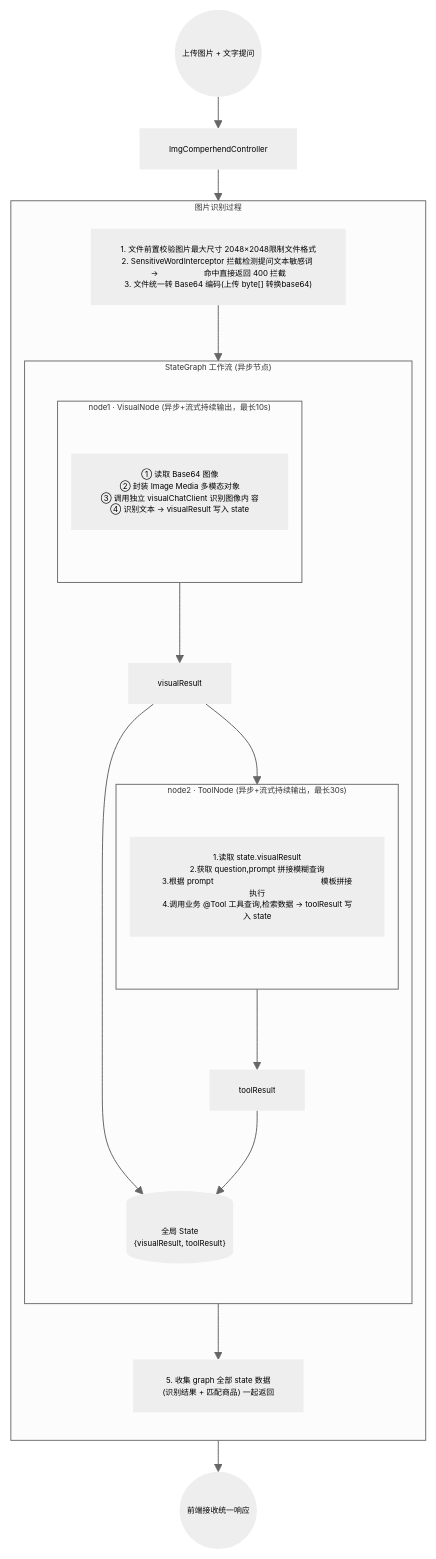
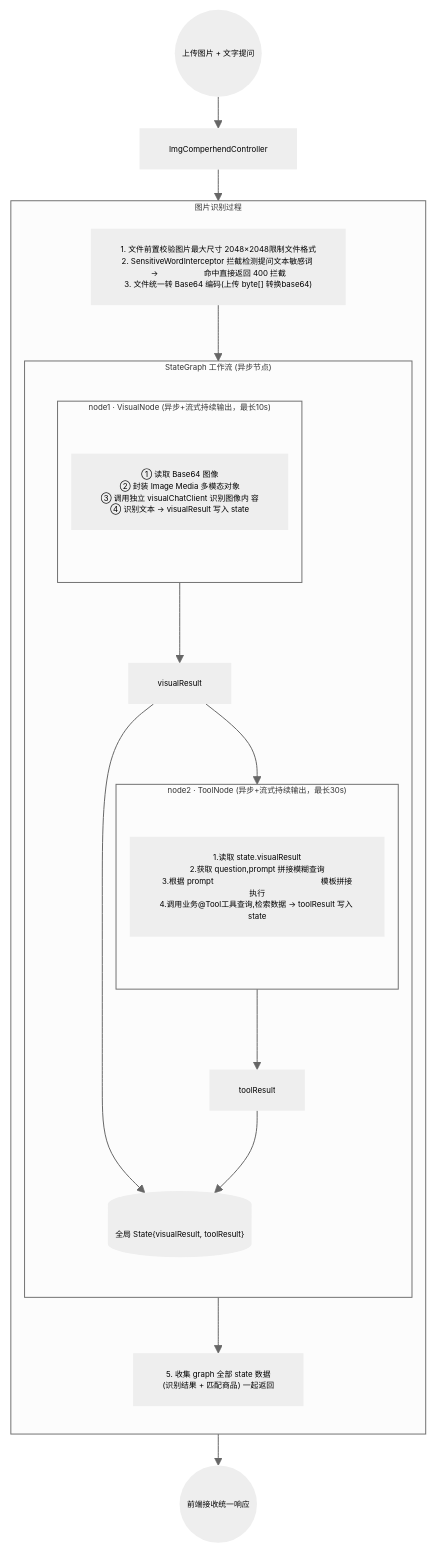
The eighth of 8 diagrams in README.md (1reaikeyi/flowerpayment-ai), drawn with Mermaid before and after one commit. The commit also changed other lines of this file and 3 other files, not shown here.

````diff
--- a/README.md
+++ b/README.md
@@ -549,46 +532,46 @@
 ```mermaid
 %%{init: {'theme':'neutral','themeVariables':{'fontSize':'8px','nodeBorder':'2px'},'flowchart':{'nodeSpacing':8,'rankSpacing':32,'useMaxWidth':false,'curve':'basis'}}}%%
 flowchart TD
     Start(("上传图片 + 文字提问"))
     C["ImgComperhendController"]
 
     subgraph CHAIN ["图片识别过程"]
         direction TB
         S1["1. 文件前置校验图片最大尺寸 2048×2048限制文件格式<br/>2. SensitiveWordInterceptor 拦截检测提问文本敏感词 →			命中直接返回 400 拦截<br/>3. 文件统一转 Base64 编码(上传 byte[] 转换base64)"]
         
         subgraph GRAPH ["StateGraph 工作流 (异步节点)"]
             direction TB
   
             subgraph VGROUP ["node1 · VisualNode (异步+流式持续输出，最长10s)"]
                 direction TB
                 V1["① 读取 Base64 图像<br/>② 封装 Image Media 多模态对象<br/>③ 调用独立 visualChatClient 识别图像内						容<br/>④ 识别文本 → visualResult 写入 state"]
             end
             
             visualResult["visualResult"]
             
             subgraph TGROUP ["node2 · ToolNode (异步+流式持续输出，最长30s)"]
                 direction TB
-                INPUT1["1.读取 state.visualResult<br/>2.获取 question,prompt 拼接模糊查询<br/>3.根据 prompt 						模板拼接执行<br/>4.调用业务 @Tool 工具查询,检索数据 → toolResult 写入 state"]
+                INPUT1["1.读取 state.visualResult<br/>2.获取 question,prompt 拼接模糊查询<br/>3.根据 prompt 						模板拼接执行<br/>4.调用业务@Tool工具查询,检索数据 → toolResult 写入 state"]
                 end
             
             toolResult["toolResult"]
-            ST[("全局 State<br/>{visualResult, toolResult}")]
+            ST[("全局 State{visualResult, toolResult}")]
             
             %% 节点间数据流连接
             VGROUP --> visualResult
             visualResult --> TGROUP
             visualResult --> ST
             TGROUP --> toolResult
             toolResult --> ST
         end
 
         S5["5. 收集 graph 全部 state 数据<br/>(识别结果 + 匹配商品) 一起返回"]
     end
 
     End(("前端接收统一响应"))
 
     %% 主流程串联
     Start --> C --> S1
     S1 --> VGROUP
     ST --> S5 --> End
 ```
````
